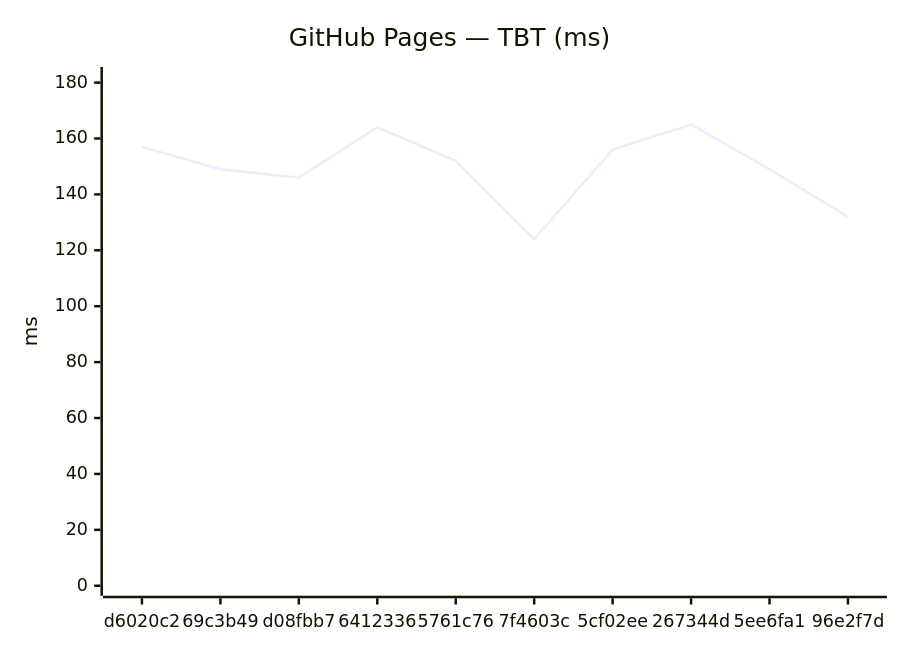
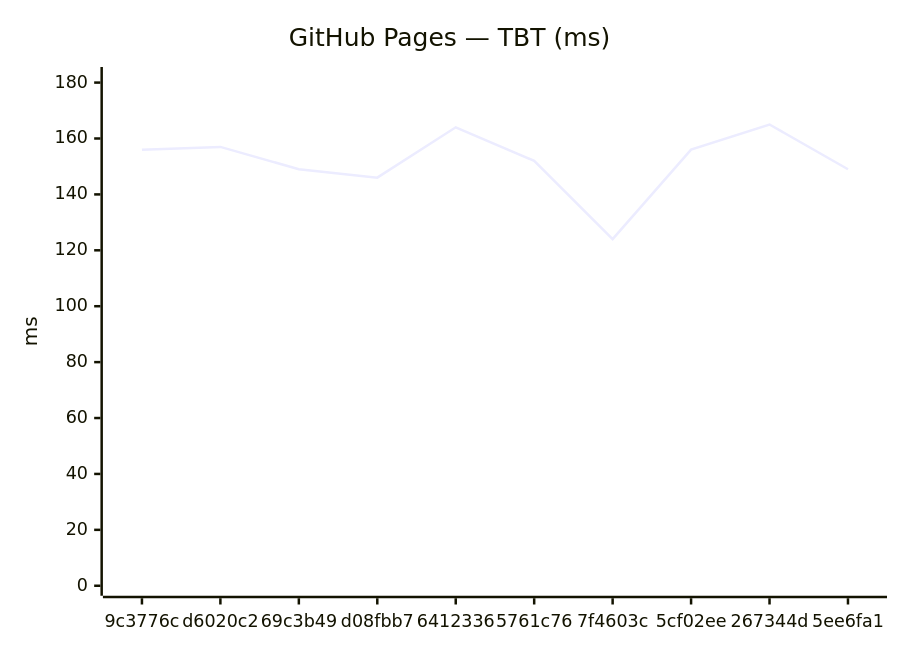
Before and after one commit to Metaheurist/Rianell: the fourth of 18 diagrams in benchmarks/compare.md, drawn with Mermaid. The commit also changed other lines of this file and 11 other files, not shown here.

````diff
--- a/benchmarks/compare.md
+++ b/benchmarks/compare.md
@@ -61,7 +61,7 @@
 ```mermaid
 xychart-beta
     title "GitHub Pages — TBT (ms)"
-    x-axis ["d6020c2", "69c3b49", "d08fbb7", "6412336", "5761c76", "7f4603c", "5cf02ee", "267344d", "5ee6fa1", "96e2f7d"]
+    x-axis ["9c3776c", "d6020c2", "69c3b49", "d08fbb7", "6412336", "5761c76", "7f4603c", "5cf02ee", "267344d", "5ee6fa1"]
     y-axis "ms" 0 --> 182
-    line [157, 149, 146, 164, 152, 124, 156, 165, 149, 132]
+    line [156, 157, 149, 146, 164, 152, 124, 156, 165, 149]
 ```
````
